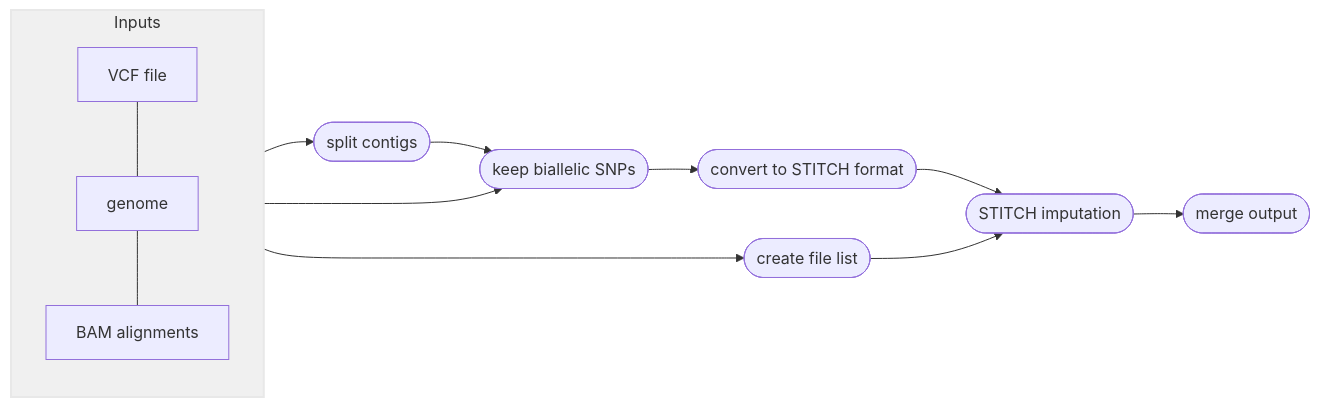
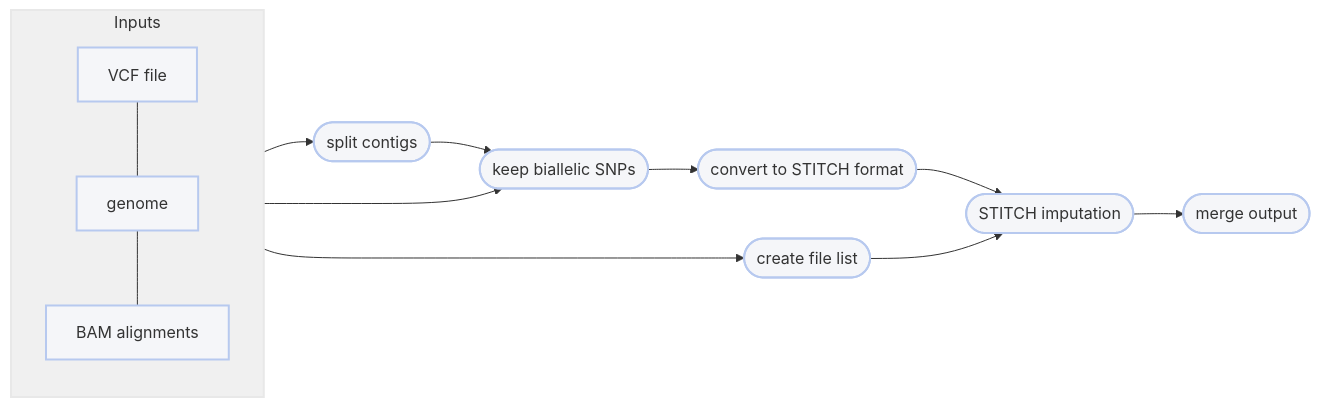
The diagram in Modules/impute.md (pdimens/harpy), drawn with Mermaid before and after one commit. The commit also changed 11 other files, not shown here.

Commit message:
update all mermaids

````diff
--- a/Modules/impute.md
+++ b/Modules/impute.md
@@ -193,15 +193,15 @@
 ```mermaid
 graph LR
     subgraph Inputs
-        v[VCF file]---gen[genome]
-        gen---bam[BAM alignments]
+        v[VCF file]:::clean---gen[genome]:::clean
+        gen---bam[BAM alignments]:::clean
     end
-    B([split contigs])-->C([keep biallelic SNPs])
+    B([split contigs]):::clean-->C([keep biallelic SNPs]):::clean
     Inputs-->B & C & G
-    C-->D([convert to STITCH format])
-    D-->E([STITCH imputation])
-    E-->F([merge output])
-    G([create file list])-->E
+    C-->D([convert to STITCH format]):::clean
+    D-->E([STITCH imputation]):::clean
+    E-->F([merge output]):::clean
+    G([create file list]):::clean-->E
     style Inputs fill:#f0f0f0,stroke:#e8e8e8,stroke-width:2px
-
+    classDef clean fill:#f5f6f9,stroke:#b7c9ef,stroke-width:2px
 ```
````
